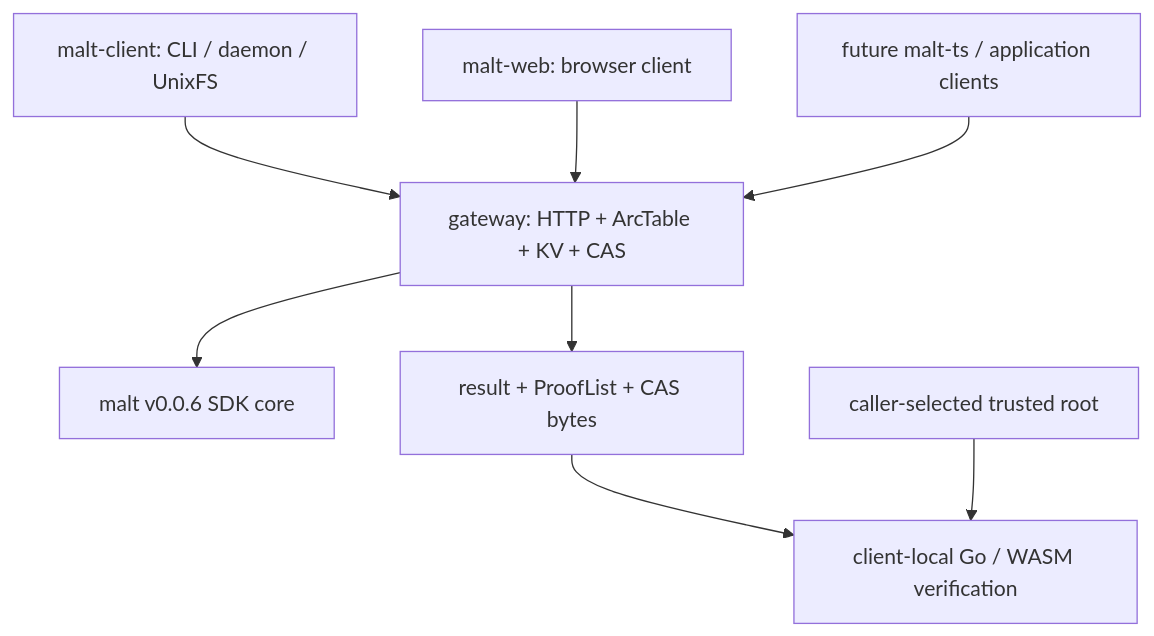
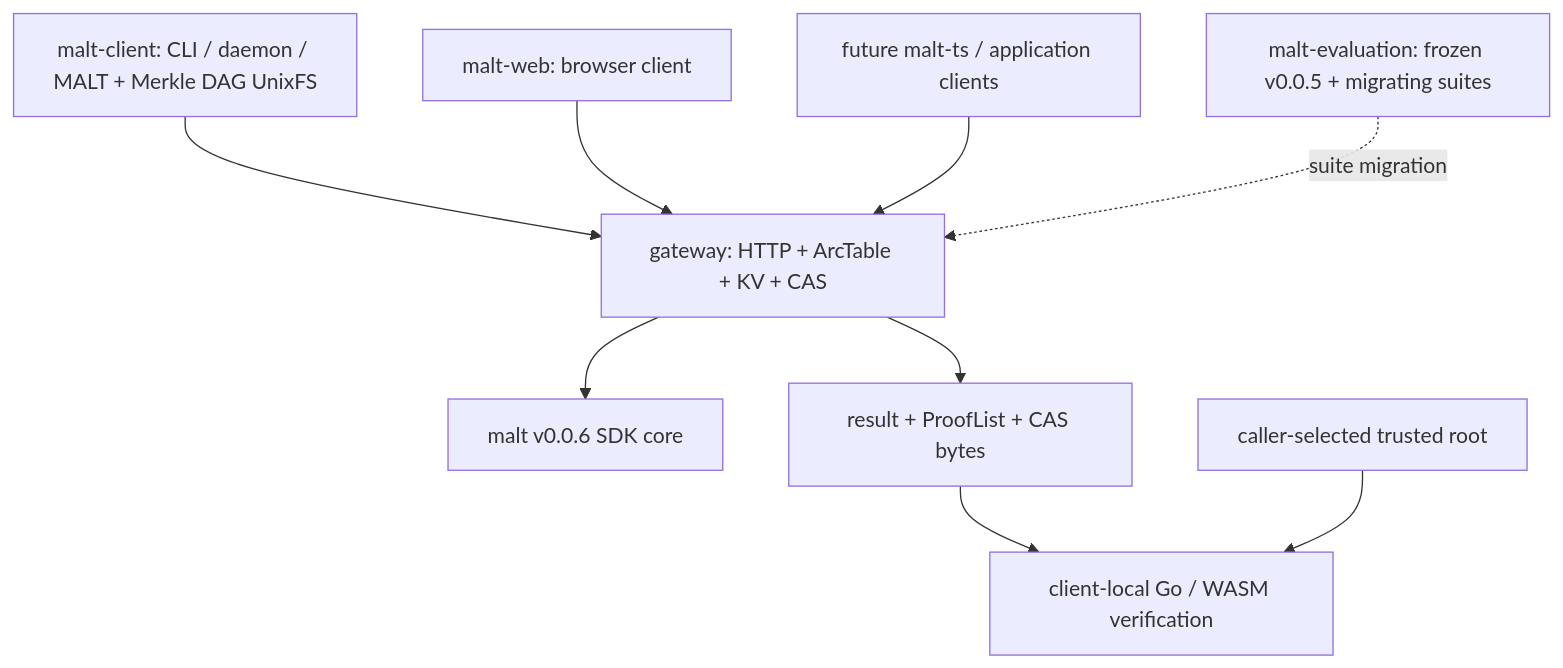
One commit to DeWebProtocol/.github changed the diagram in profile/README.md. Above: the diagram before and after it, drawn with Mermaid. The commit also changed other lines of this file and 2 other files, not shown here.

Commit message:
docs: publish client and evaluator ownership

````diff
--- a/profile/README.md
+++ b/profile/README.md
@@ -35,10 +35,11 @@
 ```mermaid
 flowchart TB
-  native["malt-client: CLI / daemon / UnixFS"] --> gateway["gateway: HTTP + ArcTable + KV + CAS"]
+  native["malt-client: CLI / daemon / MALT + Merkle DAG UnixFS"] --> gateway["gateway: HTTP + ArcTable + KV + CAS"]
   web["malt-web: browser client"] --> gateway
   future["future malt-ts / application clients"] --> gateway
   gateway --> core["malt v0.0.6 SDK core"]
   gateway --> result["result + ProofList + CAS bytes"]
   result --> local["client-local Go / WASM verification"]
   trusted["caller-selected trusted root"] --> local
+  evaluation["malt-evaluation: frozen v0.0.5 + migrating suites"] -. suite migration .-> gateway
 ```
````
